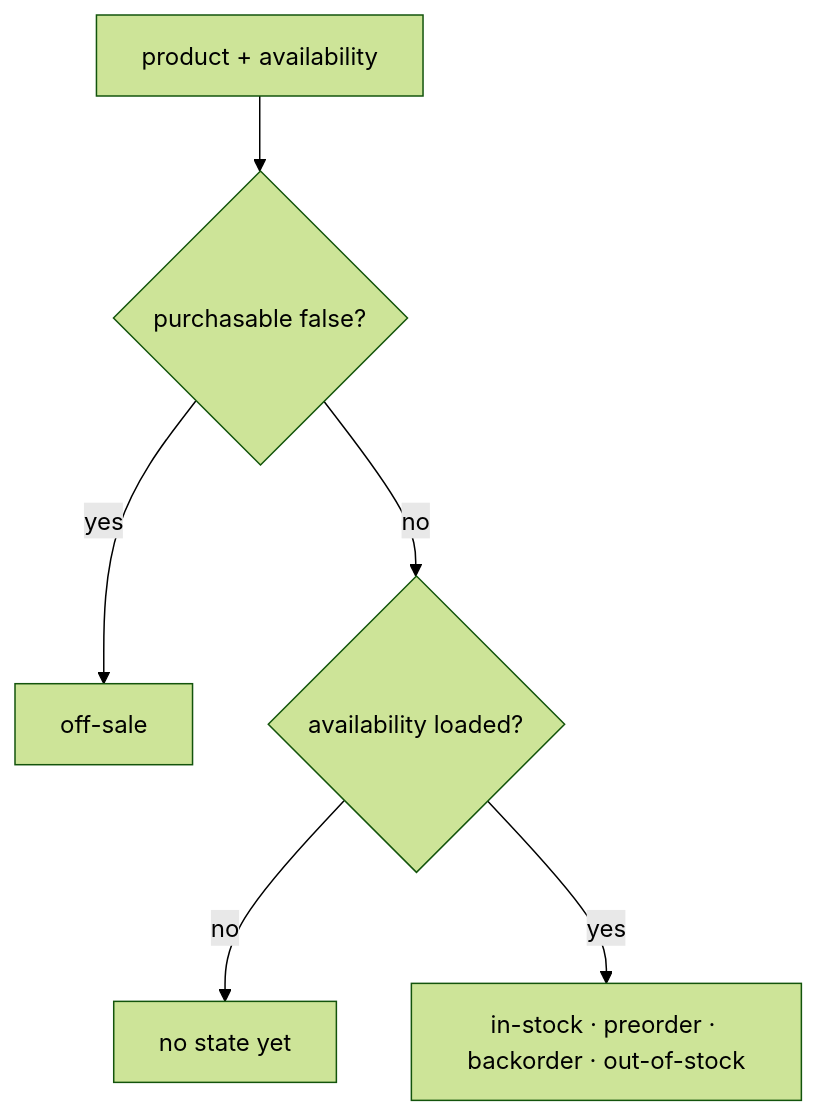
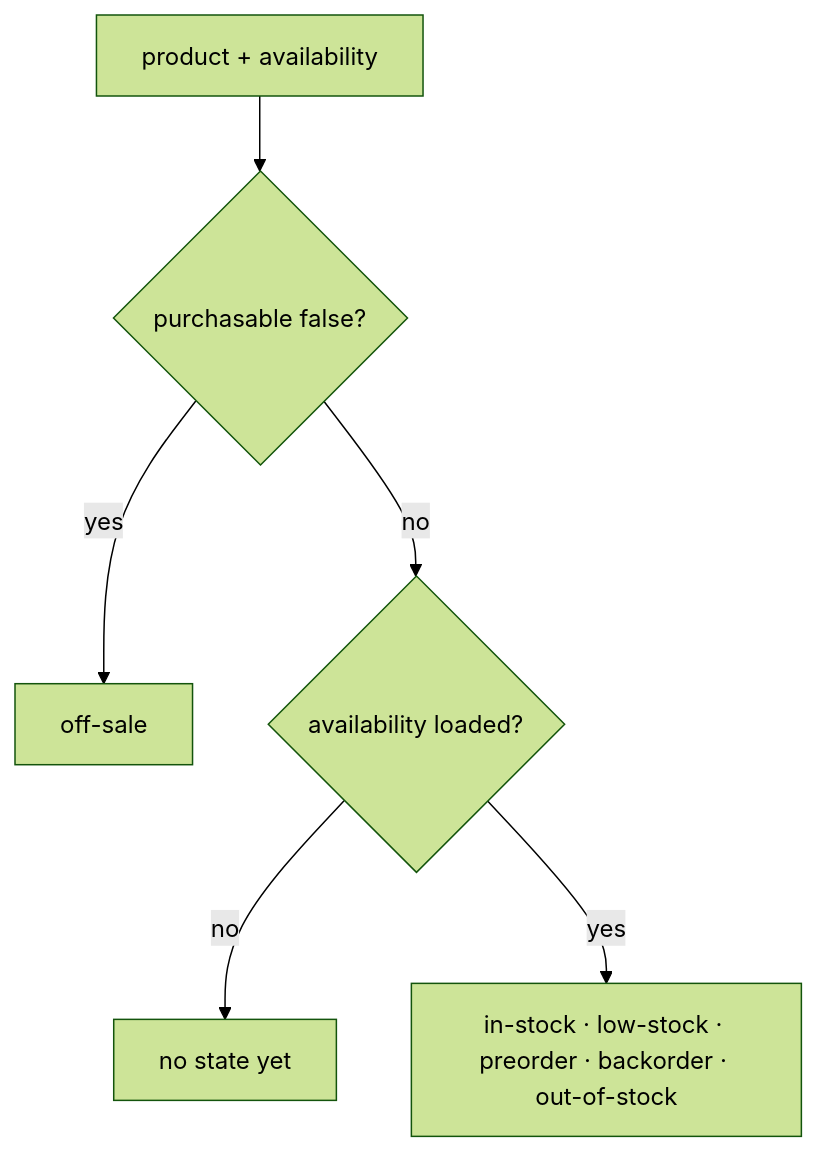
One commit to Guebbit/boilerplate-vue-frontend changed the third of 4 diagrams in docs/modules/products.md. Above: the diagram before and after it, drawn with Mermaid (forest theme). The commit also changed other lines of this file and 52 other files, not shown here.

First line of the commit message:
feat(cart): show and respect what can be bought: capped lines, warnings beside them, low-stock badge

````diff
--- a/docs/modules/products.md
+++ b/docs/modules/products.md
@@ -152,8 +153,8 @@
 ```mermaid
 flowchart TD
     A[product + availability] --> B{purchasable false?}
     B -- yes --> C[off-sale]
     B -- no --> D{availability loaded?}
     D -- no --> N[no state yet]
-    D -- yes --> E[in-stock · preorder · backorder · out-of-stock]
+    D -- yes --> E[in-stock · low-stock · preorder · backorder · out-of-stock]
 ```
````
